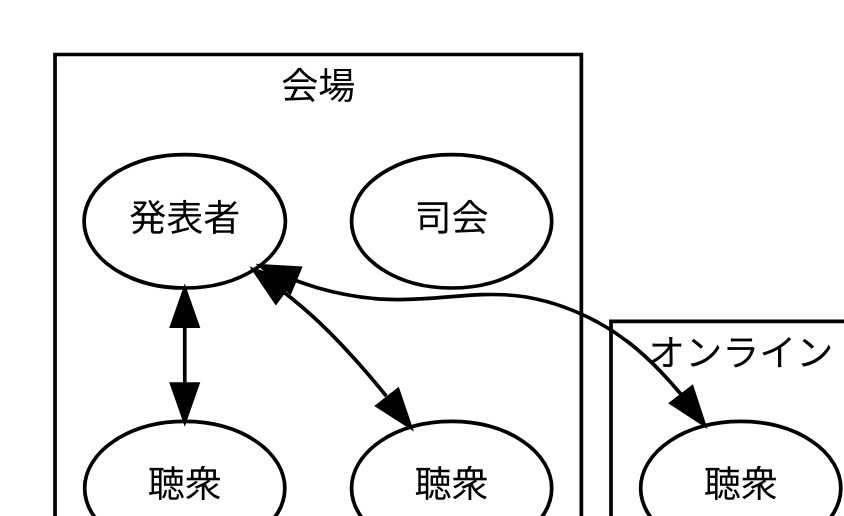
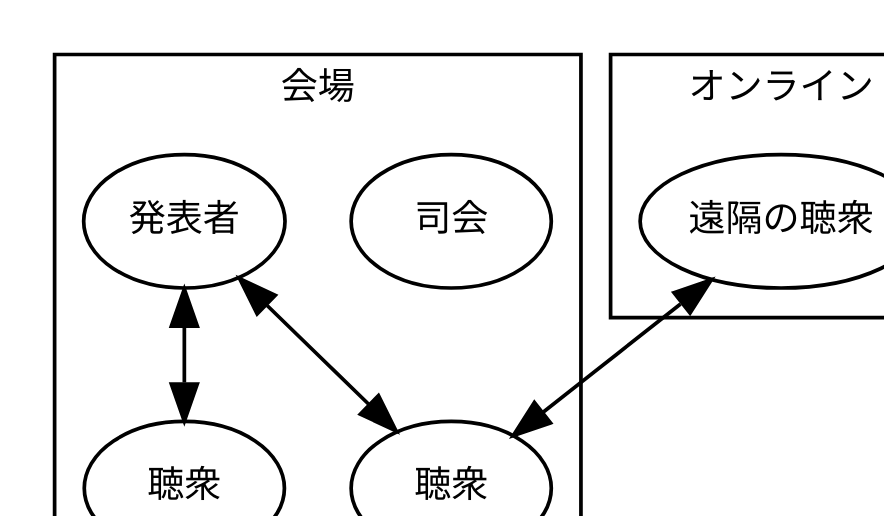
One commit to seibe/Speech changed the diagram in Thesis/img/Figure1.gv. Above: the diagram before and after it, drawn with Graphviz. The commit also changed 10 other files, not shown here.

```diff
--- a/Thesis/img/Figure1.gv
+++ b/Thesis/img/Figure1.gv
@@ -1,34 +1,34 @@
 digraph sample1 {
 	graph[
 		fontname="Yu Gothic bold";
 		layout = dot;
 		charset = "UTF-8";
 		dpi = 120;
 	];
 	node[
 		fontname = "Yu Gothic bold";
 		fontsize = 10;
 	];
 	edge[fontname="Yu Gothic bold"];
 
 	subgraph cluster0 {
 		label = "会場";
 		fontsize = 10;
 
 		master [label="司会"];
 		presenter [label="発表者"];
 		audience1 [label="聴衆"];
 		audience2 [label="聴衆"];
 
 		presenter->audience1 [dir=both];
 		presenter->audience2 [dir=both];
 	};
 	
 	subgraph cluster1 {
 		label = "オンライン";
 		fontsize = 10;
-		audience3 [label="聴衆"]
+		audience3 [label="遠隔の聴衆"]
 	}
 
-	presenter->audience3 [dir=both];
+	audience3->audience2 [dir=both];
 }
```
